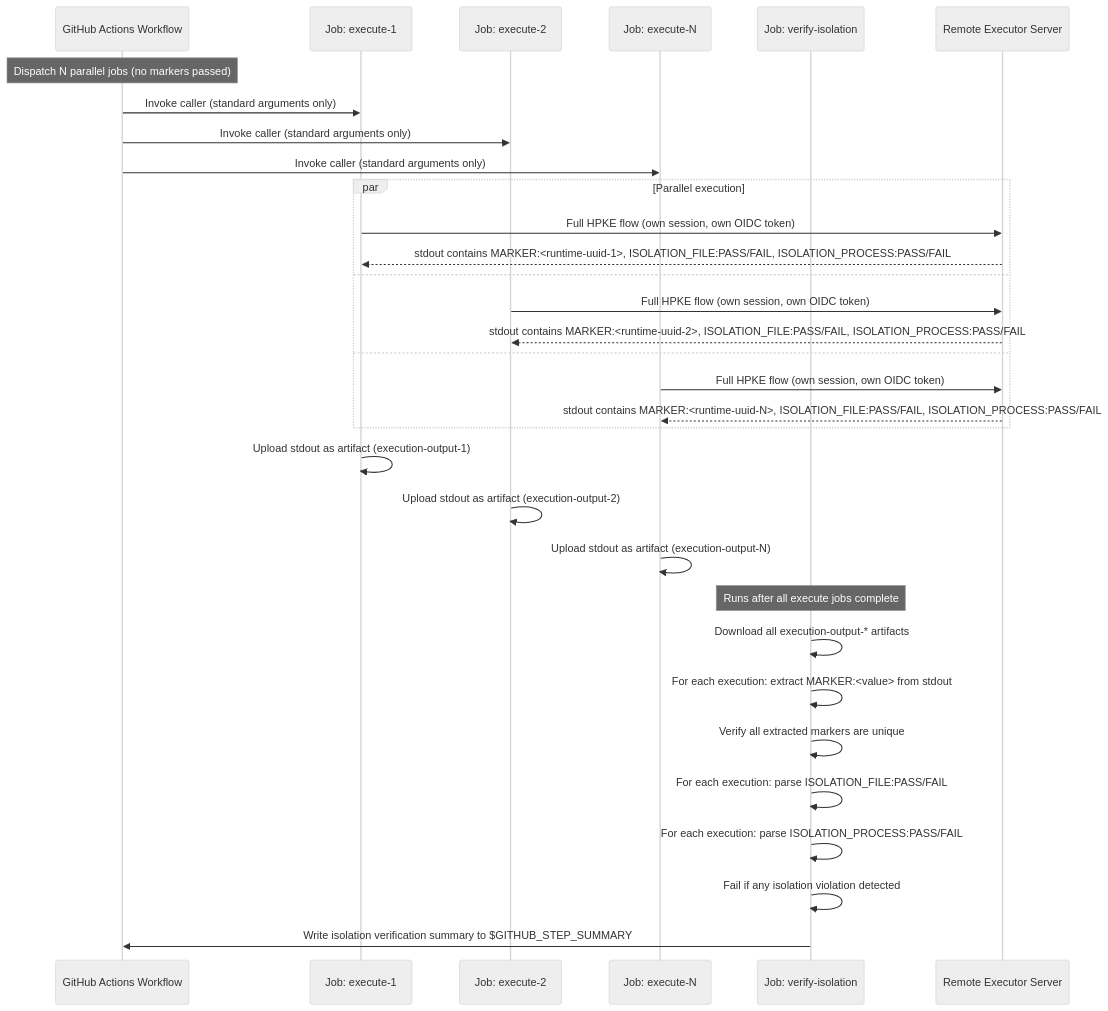
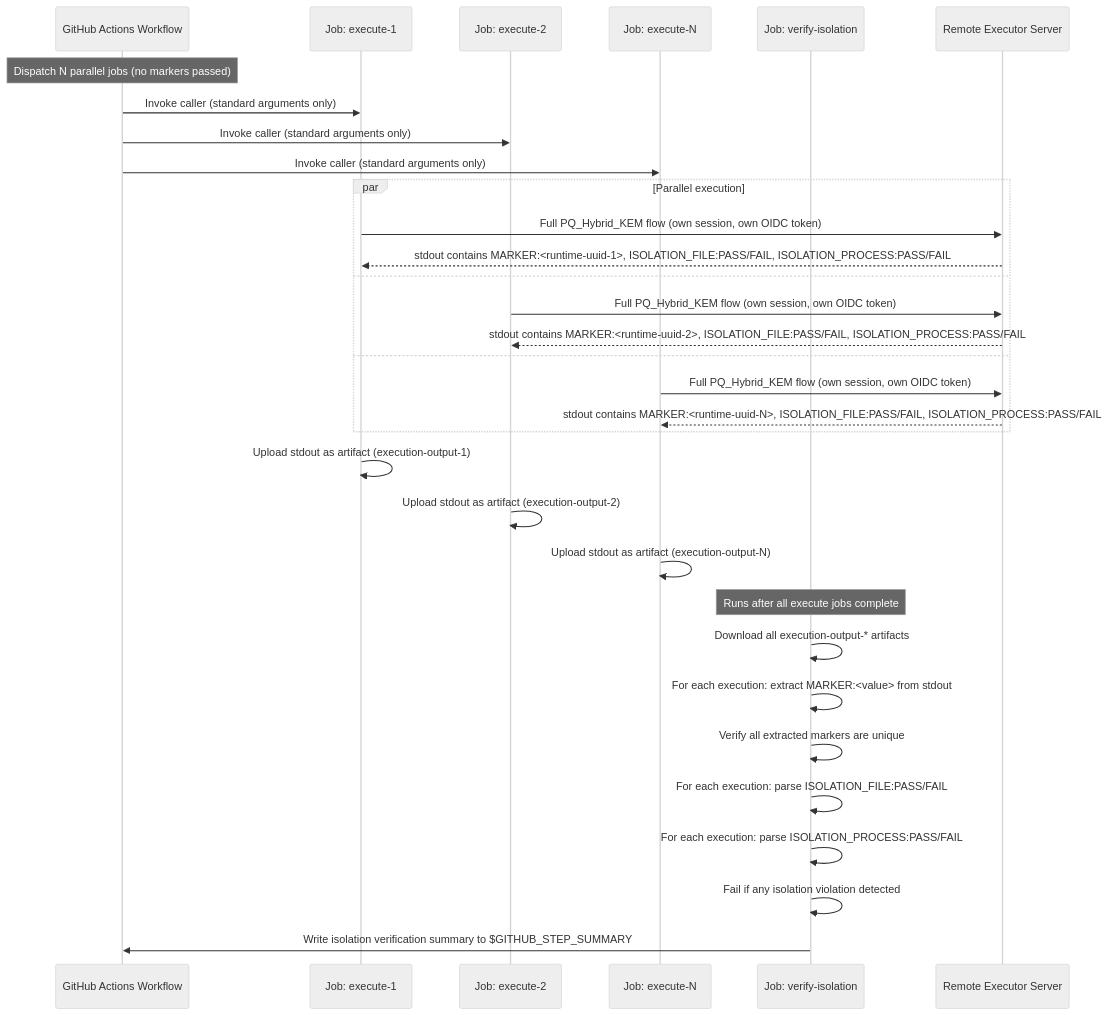
The second of 2 diagrams in .kiro/specs/gha-remote-executor-caller/design.md (richardfan1126/github-runner-ec2-attestation), drawn with Mermaid (neutral theme) before and after one commit. The commit also changed other lines of this file and 2 other files, not shown here.

First line of the commit message:
spec: migrate caller encryption from HPKE to PQ_Hybrid_KEM (X25519 + ML-KEM-768)

````diff
--- a/.kiro/specs/gha-remote-executor-caller/design.md
+++ b/.kiro/specs/gha-remote-executor-caller/design.md
@@ -92,38 +98,38 @@
 ```mermaid
 sequenceDiagram
     participant GHA as GitHub Actions Workflow
     participant J1 as Job: execute-1
     participant J2 as Job: execute-2
     participant JN as Job: execute-N
     participant VJ as Job: verify-isolation
     participant RE as Remote Executor Server
 
     Note over GHA: Dispatch N parallel jobs (no markers passed)
     GHA->>J1: Invoke caller (standard arguments only)
     GHA->>J2: Invoke caller (standard arguments only)
     GHA->>JN: Invoke caller (standard arguments only)
 
     par Parallel execution
-        J1->>RE: Full HPKE flow (own session, own OIDC token)
+        J1->>RE: Full PQ_Hybrid_KEM flow (own session, own OIDC token)
         RE-->>J1: stdout contains MARKER:<runtime-uuid-1>, ISOLATION_FILE:PASS/FAIL, ISOLATION_PROCESS:PASS/FAIL
     and
-        J2->>RE: Full HPKE flow (own session, own OIDC token)
+        J2->>RE: Full PQ_Hybrid_KEM flow (own session, own OIDC token)
         RE-->>J2: stdout contains MARKER:<runtime-uuid-2>, ISOLATION_FILE:PASS/FAIL, ISOLATION_PROCESS:PASS/FAIL
     and
-        JN->>RE: Full HPKE flow (own session, own OIDC token)
+        JN->>RE: Full PQ_Hybrid_KEM flow (own session, own OIDC token)
         RE-->>JN: stdout contains MARKER:<runtime-uuid-N>, ISOLATION_FILE:PASS/FAIL, ISOLATION_PROCESS:PASS/FAIL
     end
 
     J1->>J1: Upload stdout as artifact (execution-output-1)
     J2->>J2: Upload stdout as artifact (execution-output-2)
     JN->>JN: Upload stdout as artifact (execution-output-N)
 
     Note over VJ: Runs after all execute jobs complete
     VJ->>VJ: Download all execution-output-* artifacts
     VJ->>VJ: For each execution: extract MARKER:<value> from stdout
     VJ->>VJ: Verify all extracted markers are unique
     VJ->>VJ: For each execution: parse ISOLATION_FILE:PASS/FAIL
     VJ->>VJ: For each execution: parse ISOLATION_PROCESS:PASS/FAIL
     VJ->>VJ: Fail if any isolation violation detected
     VJ->>GHA: Write isolation verification summary to $GITHUB_STEP_SUMMARY
 ```
````
